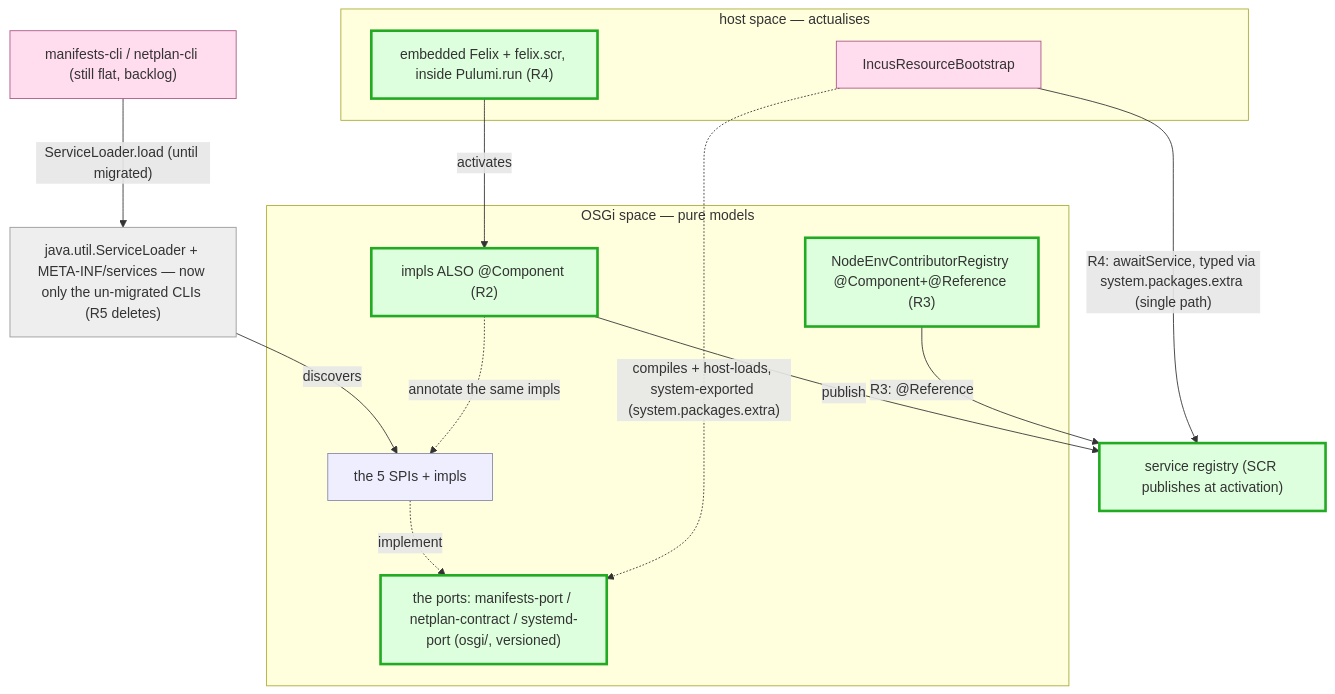
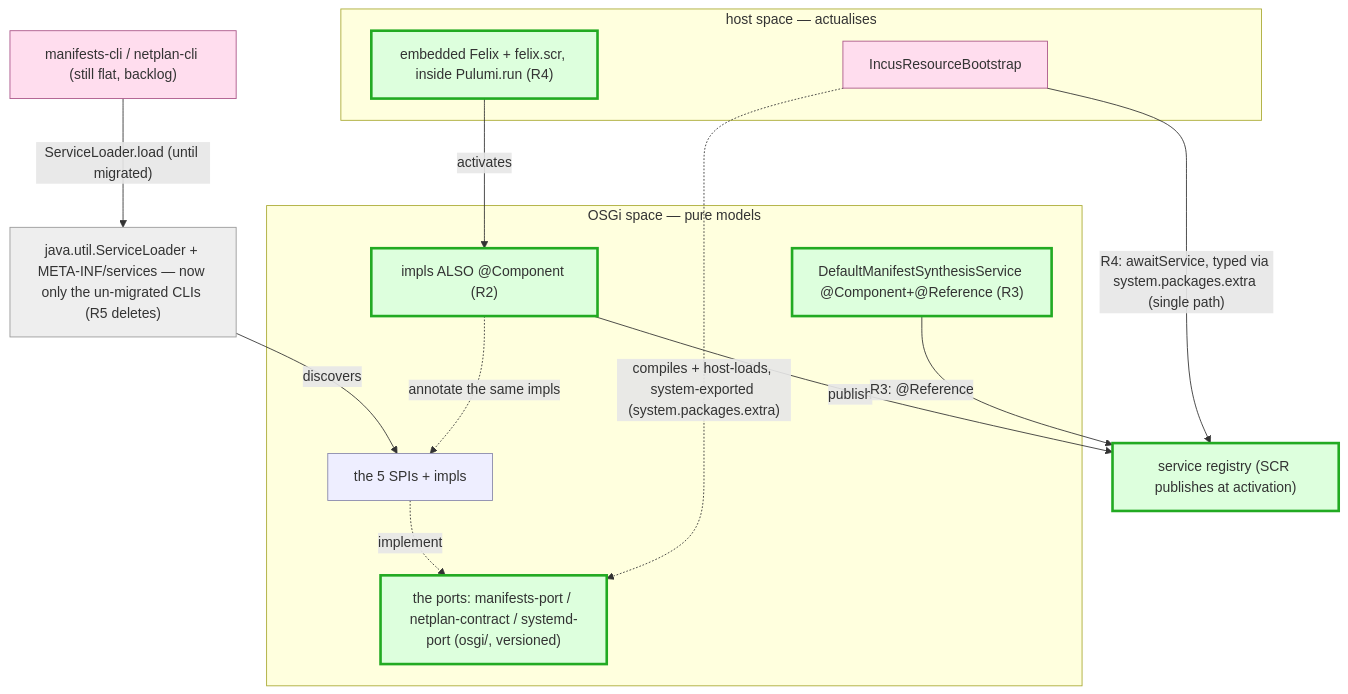
One commit to nxmatic/rke2lab changed the third of 4 diagrams in docs/architecture/atlas/runtime.adoc. Above: the diagram before and after it, drawn with Mermaid. The commit also changed other lines of this file and 114 other files, not shown here.

```diff
--- a/docs/architecture/atlas/runtime.adoc
+++ b/docs/architecture/atlas/runtime.adoc
@@ -156,34 +156,34 @@
 [mermaid]
 ....
 flowchart TB
   subgraph OSGI["OSGi space — pure models"]
     bapi["the ports: manifests-port / netplan-contract / systemd-port (osgi/, versioned)"]:::neu
     spi["the 5 SPIs + impls"]:::osgi
     comp["impls ALSO @Component (R2)"]:::neu
-    reg2["NodeEnvContributorRegistry @Component+@Reference (R3)"]:::neu
+    reg2["DefaultManifestSynthesisService @Component+@Reference (R3)"]:::neu
   end
   subgraph HOST["host space — actualises"]
     seam0["IncusResourceBootstrap"]:::host
     fx["embedded Felix + felix.scr, inside Pulumi.run (R4)"]:::neu
   end
   sl["java.util.ServiceLoader + META-INF/services — now only the un-migrated CLIs (R5 deletes)"]:::found
   cli["manifests-cli / netplan-cli (still flat, backlog)"]:::host
   reg["service registry (SCR publishes at activation)"]:::neu
   cli -->|"ServiceLoader.load (until migrated)"| sl
   sl -->|discovers| spi
   comp -.->|annotate the same impls| spi
   fx -->|activates| comp
   comp -->|publish| reg
   seam0 -->|"R4: awaitService, typed via system.packages.extra (single path)"| reg
   reg2 -->|"R3: @Reference"| reg
   spi -.->|implement| bapi
   seam0 -.->|"compiles + host-loads, system-exported (system.packages.extra)"| bapi
   classDef osgi fill:#eef,stroke:#88a,stroke-width:1px;
   classDef host fill:#fde,stroke:#a58,stroke-width:1px;
   classDef found fill:#eee,stroke:#999,stroke-width:1px;
   classDef neu fill:#dfd,stroke:#2a2,stroke-width:3px;
   class spi osgi;
   class seam0,cli host;
   class sl found;
   class comp,reg2,reg,fx,bapi neu;
 ....
```
